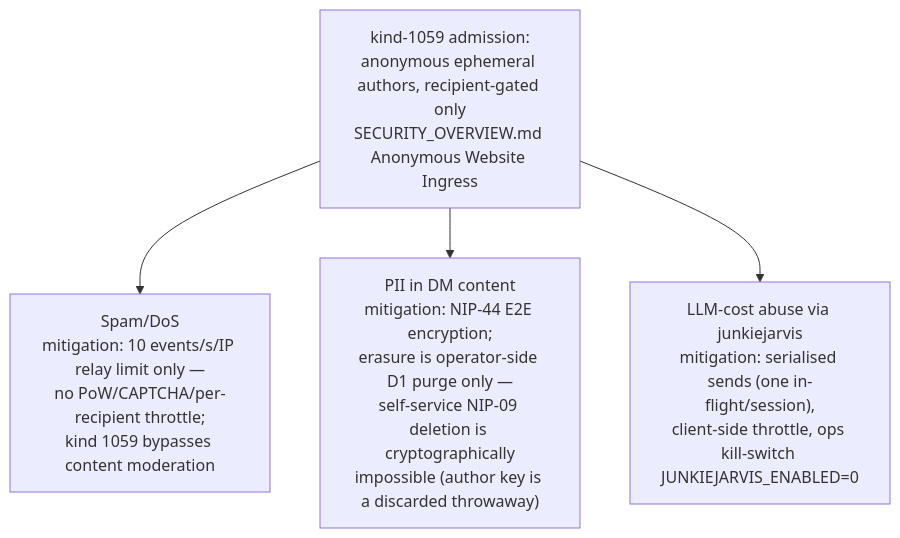
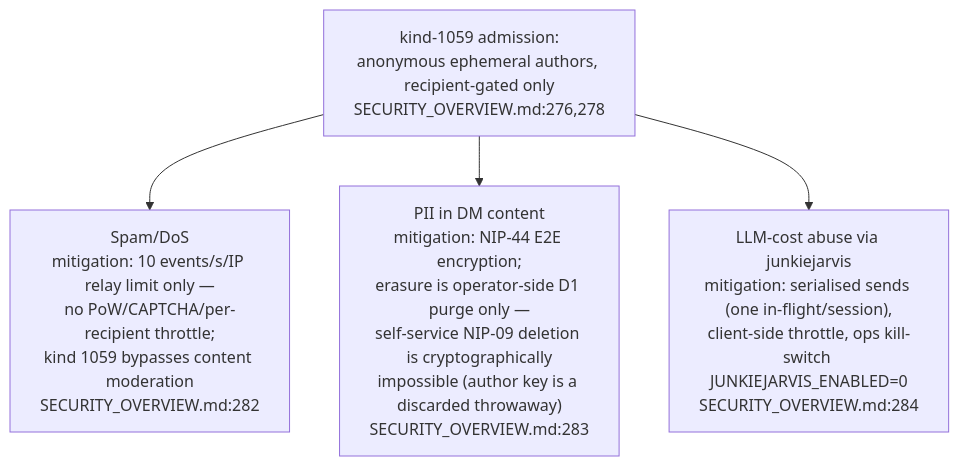
One commit to DreamLab-AI/VisionFlow changed the fifth of 8 diagrams in docs/diagrams/dreamlab-ai-website/04-identity-zones-and-security-posture.md. Above: the diagram before and after it, drawn with Mermaid. The commit also changed other lines of this file and 185 other files, not shown here.

Commit message:
docs(estate): reconcile diagrams and ADRs with source and define closeout sprint

````diff
--- a/docs/diagrams/dreamlab-ai-website/04-identity-zones-and-security-posture.md
+++ b/docs/diagrams/dreamlab-ai-website/04-identity-zones-and-security-posture.md
@@ -86,6 +87,6 @@
 ```mermaid
 flowchart TB
-    SURFACE["kind-1059 admission:<br/>anonymous ephemeral authors, recipient-gated only<br/>SECURITY_OVERVIEW.md Anonymous Website Ingress"] --> T1["Spam/DoS<br/>mitigation: 10 events/s/IP relay limit only —<br/>no PoW/CAPTCHA/per-recipient throttle;<br/>kind 1059 bypasses content moderation"]
-    SURFACE --> T2["PII in DM content<br/>mitigation: NIP-44 E2E encryption;<br/>erasure is operator-side D1 purge only —<br/>self-service NIP-09 deletion is cryptographically<br/>impossible (author key is a discarded throwaway)"]
-    SURFACE --> T3["LLM-cost abuse via junkiejarvis<br/>mitigation: serialised sends (one in-flight/session),<br/>client-side throttle, ops kill-switch JUNKIEJARVIS_ENABLED=0"]
+    SURFACE["kind-1059 admission:<br/>anonymous ephemeral authors, recipient-gated only<br/>SECURITY_OVERVIEW.md:276,278"] --> T1["Spam/DoS<br/>mitigation: 10 events/s/IP relay limit only —<br/>no PoW/CAPTCHA/per-recipient throttle;<br/>kind 1059 bypasses content moderation<br/>SECURITY_OVERVIEW.md:282"]
+    SURFACE --> T2["PII in DM content<br/>mitigation: NIP-44 E2E encryption;<br/>erasure is operator-side D1 purge only —<br/>self-service NIP-09 deletion is cryptographically<br/>impossible (author key is a discarded throwaway)<br/>SECURITY_OVERVIEW.md:283"]
+    SURFACE --> T3["LLM-cost abuse via junkiejarvis<br/>mitigation: serialised sends (one in-flight/session),<br/>client-side throttle, ops kill-switch JUNKIEJARVIS_ENABLED=0<br/>SECURITY_OVERVIEW.md:284"]
 ```
````
